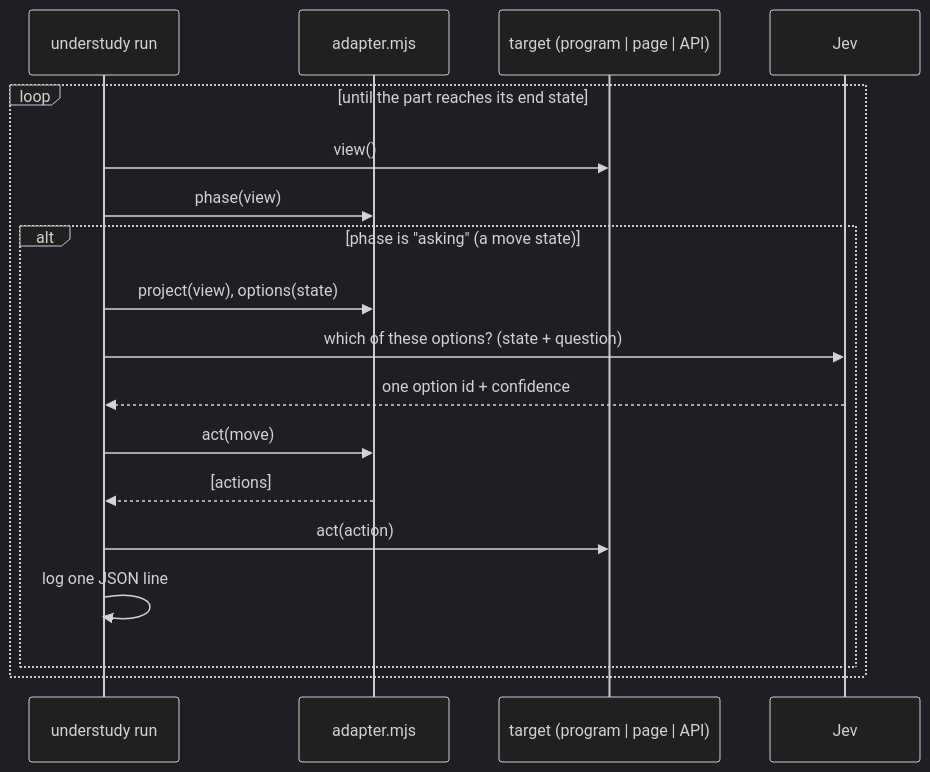
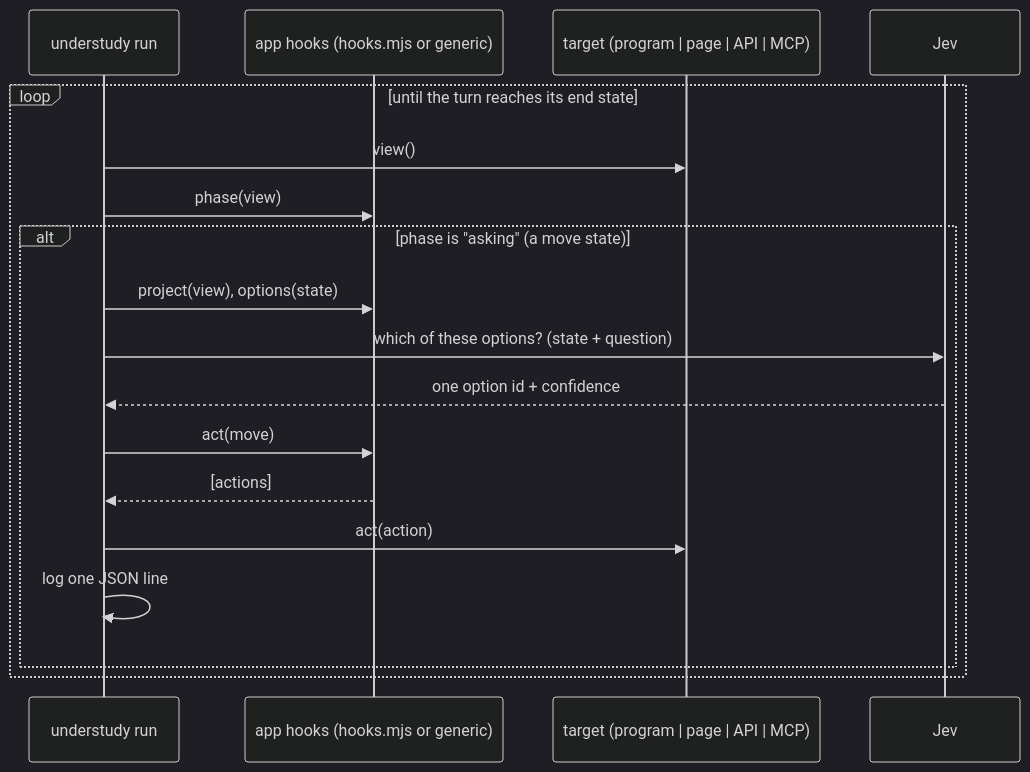
One commit to drusifer/understudy changed the first of 2 diagrams in docs/WALKTHROUGH.md. Above: the diagram before and after it, drawn with Mermaid (dark theme). The commit also changed other lines of this file and 8 other files, not shown here.

First line of the commit message:
Phase 4: docs teach sketches and the MCP target

````diff
--- a/docs/WALKTHROUGH.md
+++ b/docs/WALKTHROUGH.md
@@ -28,20 +30,20 @@
 ```mermaid
 sequenceDiagram
     participant R as understudy run
-    participant A as adapter.mjs
-    participant T as target (program | page | API)
+    participant A as app hooks (hooks.mjs or generic)
+    participant T as target (program | page | API | MCP)
     participant J as Jev
-    loop until the part reaches its end state
+    loop until the turn reaches its end state
         R->>T: view()
         R->>A: phase(view)
         alt phase is "asking" (a move state)
             R->>A: project(view), options(state)
             R->>J: which of these options? (state + question)
             J-->>R: one option id + confidence
             R->>A: act(move)
             A-->>R: [actions]
             R->>T: act(action)
             R->>R: log one JSON line
         end
     end
 ```
````
